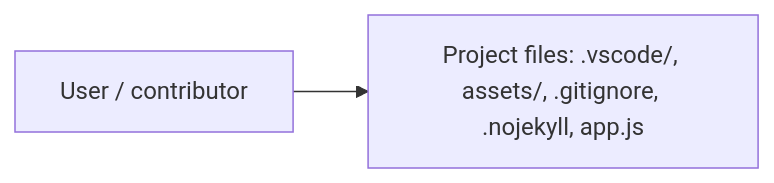
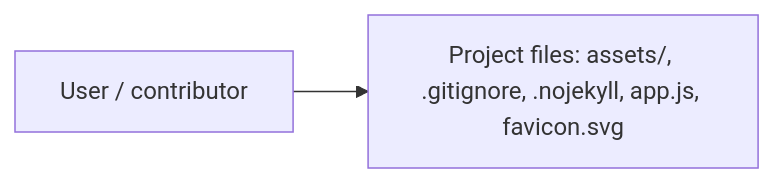
One commit to Nischhalsubba/Dragon-Saving changed the third of 5 diagrams in README.md. Above: the diagram before and after it, drawn with Mermaid. The commit also changed other lines of this file, not shown here.

````diff
--- a/README.md
+++ b/README.md
@@ -52,5 +82,5 @@
 ```mermaid
 flowchart LR
-    ACTOR["User / contributor"]
-    ACTOR --> A0["Project files: .vscode/, assets/, .gitignore, .nojekyll, app.js"]
+    USER["User / contributor"]
+    USER --> A0["Project files: assets/, .gitignore, .nojekyll, app.js, favicon.svg"]
 ```
````
